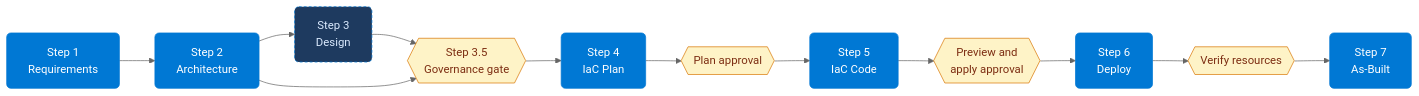
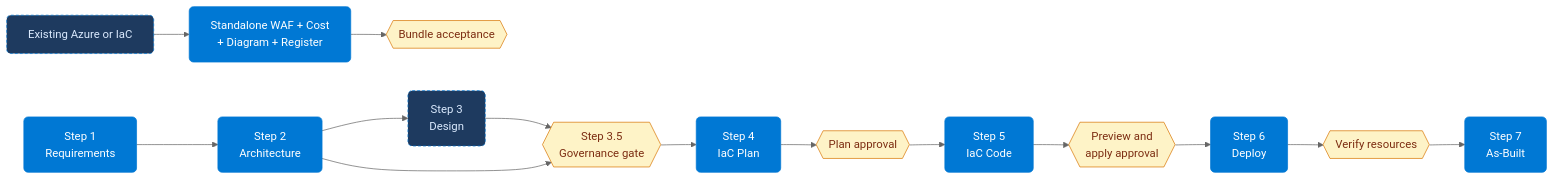
The diagram in src/content/docs/index.mdx (jonathan-vella/apex-docs), drawn with Mermaid (neutral theme) before and after one commit. The commit also changed other lines of this file and 148 other files, not shown here.

````diff
--- a/src/content/docs/index.mdx
+++ b/src/content/docs/index.mdx
@@ -66,18 +63,20 @@
 ```mermaid
 flowchart LR
   classDef step fill:#0078d4,stroke:#0078d4,color:#fff,rx:6,ry:6
   classDef gate fill:#fef3c7,stroke:#d97706,color:#7c2d12,rx:6,ry:6
   classDef opt  fill:#1e3a5f,stroke:#0078d4,color:#dbeafe,rx:6,ry:6,stroke-dasharray:4 3
+
+  A0[Existing Azure or IaC]:::opt --> A1[Standalone WAF + Cost<br/>+ Diagram + Register]:::step --> AG{{Bundle acceptance}}:::gate
 
   S1[Step 1<br/>Requirements]:::step --> S2[Step 2<br/>Architecture]:::step
   S2 --> S3[Step 3<br/>Design]:::opt
   S3 --> G35{{Step 3.5<br/>Governance gate}}:::gate
   S2 --> G35
   G35 --> S4[Step 4<br/>IaC Plan]:::step
   S4 --> G4{{Plan approval}}:::gate
   G4 --> S5[Step 5<br/>IaC Code]:::step
   S5 --> G5{{Preview and<br/>apply approval}}:::gate
   G5 --> S6[Step 6<br/>Deploy]:::step
   S6 --> G6{{Verify resources}}:::gate
   G6 --> S7[Step 7<br/>As-Built]:::step
 ```
````
